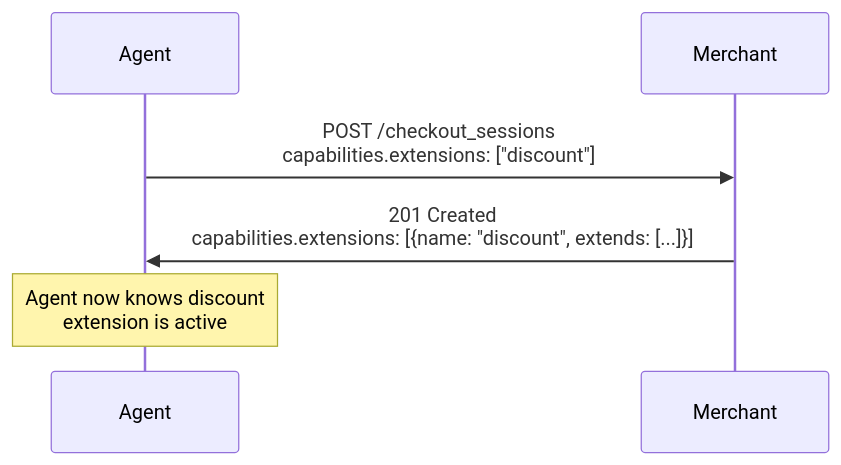
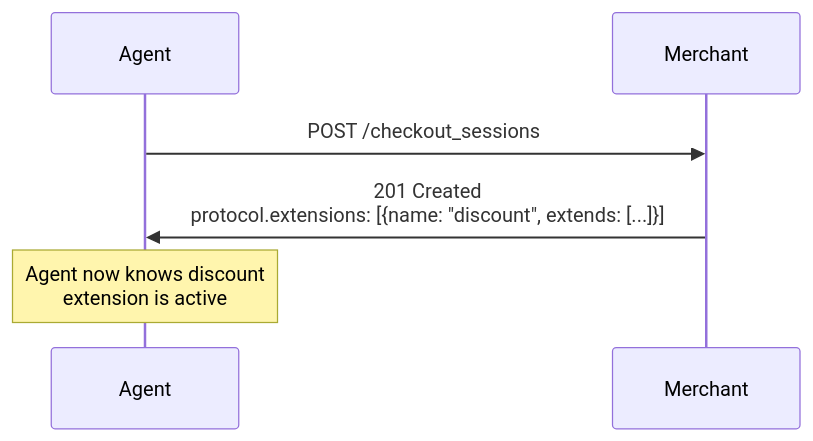
One commit to agentic-commerce-protocol/agentic-commerce-protocol changed the diagram in rfcs/rfc.extensions.md. Above: the diagram before and after it, drawn with Mermaid. The commit also changed other lines of this file and 8 other files, not shown here.

Commit message:
Move extensions from capabilities to protocol

````diff
--- a/rfcs/rfc.extensions.md
+++ b/rfcs/rfc.extensions.md
@@ -253,9 +233,9 @@
 ```mermaid
 sequenceDiagram
     participant Agent
     participant Merchant
     
-    Agent->>Merchant: POST /checkout_sessions<br/>capabilities.extensions: ["discount"]
-    Merchant->>Agent: 201 Created<br/>capabilities.extensions: [{name: "discount", extends: [...]}]
+    Agent->>Merchant: POST /checkout_sessions
+    Merchant->>Agent: 201 Created<br/>protocol.extensions: [{name: "discount", extends: [...]}]
     Note over Agent: Agent now knows discount<br/>extension is active
 ```
````
